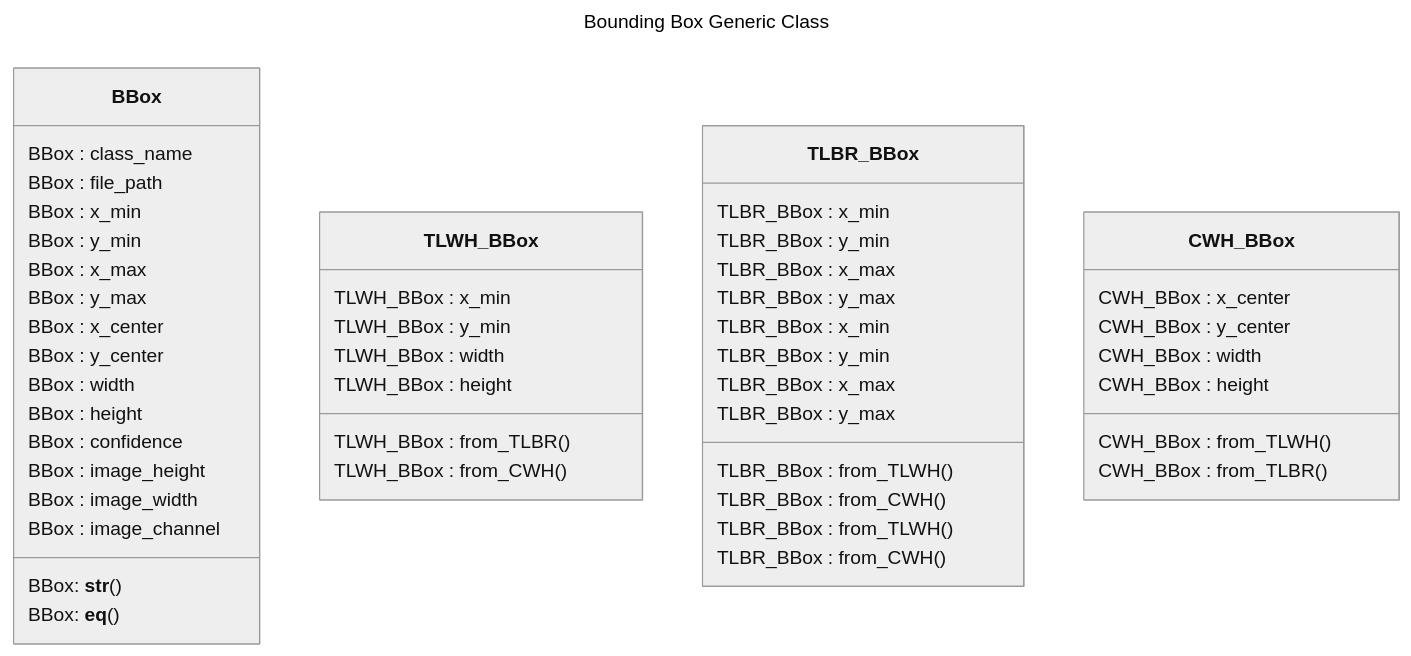
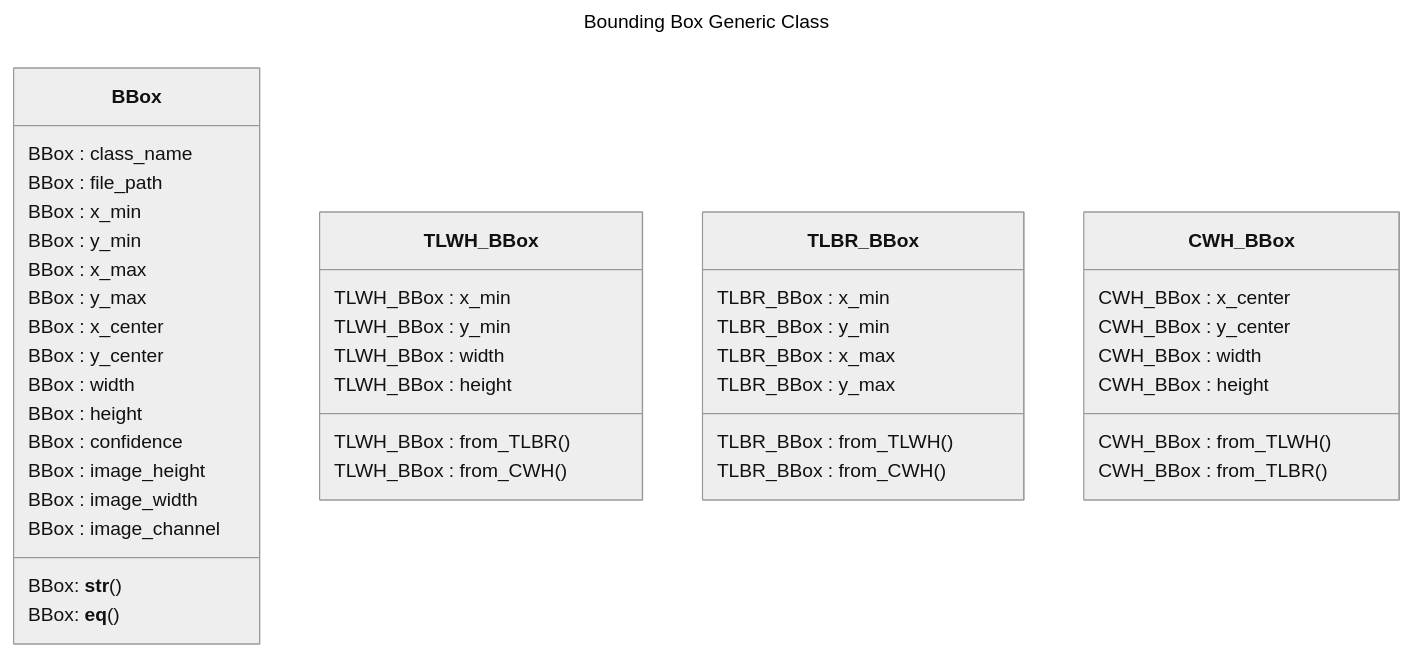
Before and after one commit to ODAncona/bboxconverter: the diagram in README.md, drawn with Mermaid (neutral theme).

````diff
--- a/README.md
+++ b/README.md
@@ -124,56 +124,48 @@
 ```mermaid
 ---
 title: Bounding Box Generic Class
 ---
 classDiagram
     class BBox {
     BBox : class_name
     BBox : file_path
     BBox : x_min
     BBox : y_min
     BBox : x_max
     BBox : y_max
     BBox : x_center
     BBox : y_center
     BBox : width
     BBox : height
     BBox : confidence
     BBox : image_height
     BBox : image_width
     BBox : image_channel
     BBox: __str__()
     BBox: __eq__()
     }
     class TLWH_BBox{
     TLWH_BBox : x_min
     TLWH_BBox : y_min
     TLWH_BBox : width
     TLWH_BBox : height
     TLWH_BBox : from_TLBR()
     TLWH_BBox : from_CWH()
     }
     class TLBR_BBox{
     TLBR_BBox : x_min
     TLBR_BBox : y_min
     TLBR_BBox : x_max
     TLBR_BBox : y_max
     TLBR_BBox : from_TLWH()
     TLBR_BBox : from_CWH()
     }
-    class TLBR_BBox{
-    TLBR_BBox : x_min
-    TLBR_BBox : y_min
-    TLBR_BBox : x_max
-    TLBR_BBox : y_max
-    TLBR_BBox : from_TLWH()
-    TLBR_BBox : from_CWH()
-    }
     class CWH_BBox{
     CWH_BBox : x_center
     CWH_BBox : y_center
     CWH_BBox : width
     CWH_BBox : height
     CWH_BBox : from_TLWH()
     CWH_BBox : from_TLBR()
     }
 ```
````
